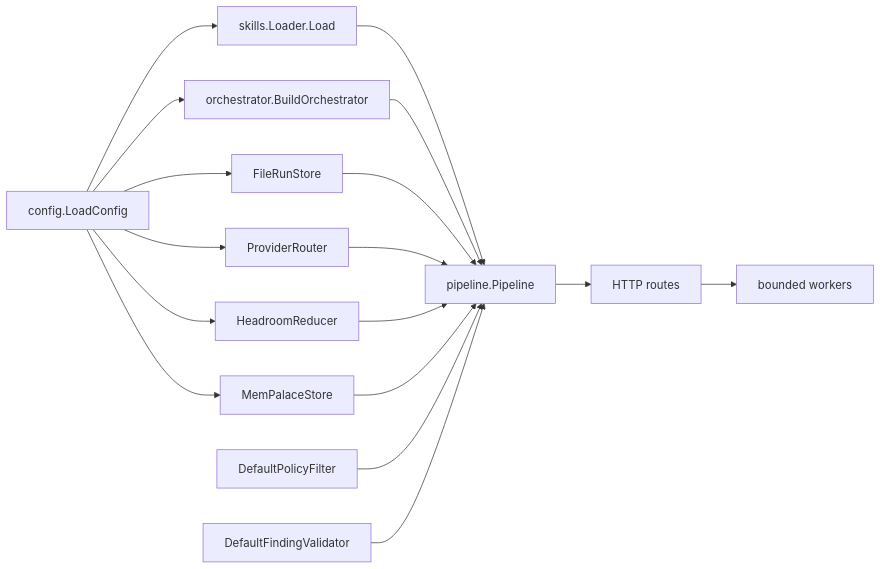
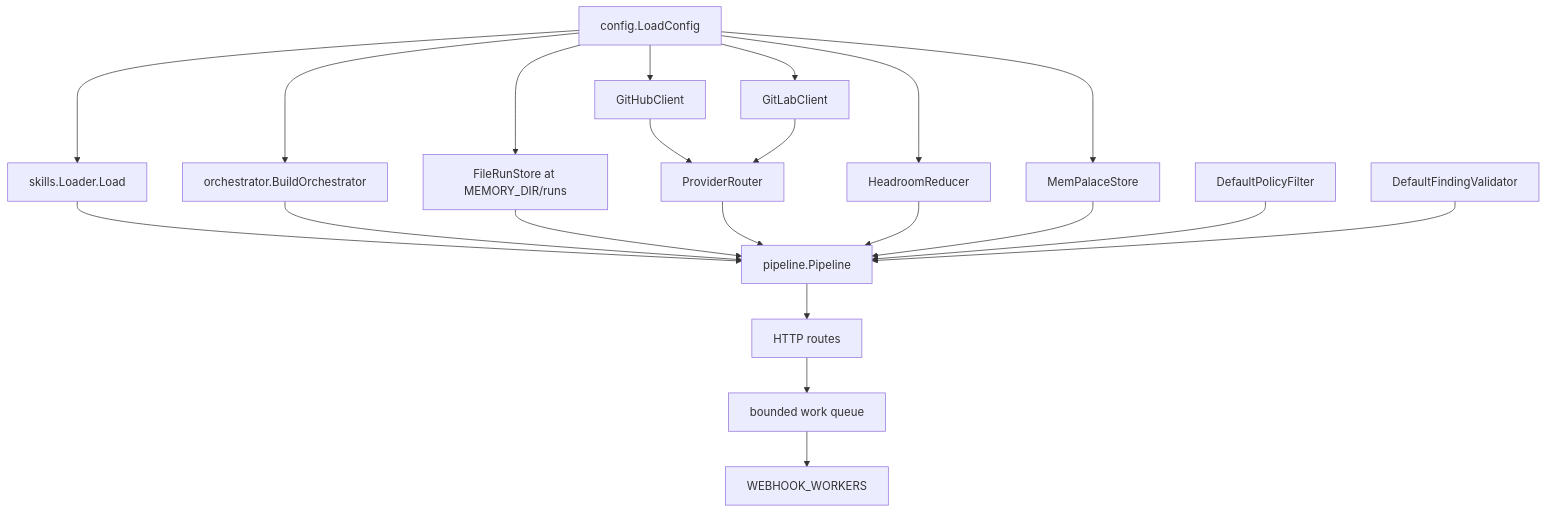
The third of 10 diagrams in docs/architecture.md (Y4NN777/7review), drawn with Mermaid before and after one commit. The commit also changed other lines of this file, not shown here.

Commit message:
Expand architecture documentation

````diff
--- a/docs/architecture.md
+++ b/docs/architecture.md
@@ -56,21 +151,26 @@
 ```mermaid
-flowchart LR
-    Config[config.LoadConfig] --> SkillLoad[skills.Loader.Load]
+flowchart TD
+    Config[config.LoadConfig] --> Skills[skills.Loader.Load]
     Config --> Orchestrator[orchestrator.BuildOrchestrator]
-    Config --> Store[FileRunStore]
-    Config --> Router[ProviderRouter]
+    Config --> RunStore[FileRunStore at MEMORY_DIR/runs]
+    Config --> GitHub[GitHubClient]
+    Config --> GitLab[GitLabClient]
     Config --> Headroom[HeadroomReducer]
     Config --> MemPalace[MemPalaceStore]
 
-    SkillLoad --> Pipeline[pipeline.Pipeline]
+    GitHub --> Router[ProviderRouter]
+    GitLab --> Router
+
+    Skills --> Pipeline[pipeline.Pipeline]
     Orchestrator --> Pipeline
-    Store --> Pipeline
+    RunStore --> Pipeline
     Router --> Pipeline
     Headroom --> Pipeline
     MemPalace --> Pipeline
     Policy[DefaultPolicyFilter] --> Pipeline
     Validator[DefaultFindingValidator] --> Pipeline
 
     Pipeline --> Routes[HTTP routes]
-    Routes --> Workers[bounded workers]
+    Routes --> Queue[bounded work queue]
+    Queue --> Workers[WEBHOOK_WORKERS]
 ```
````
